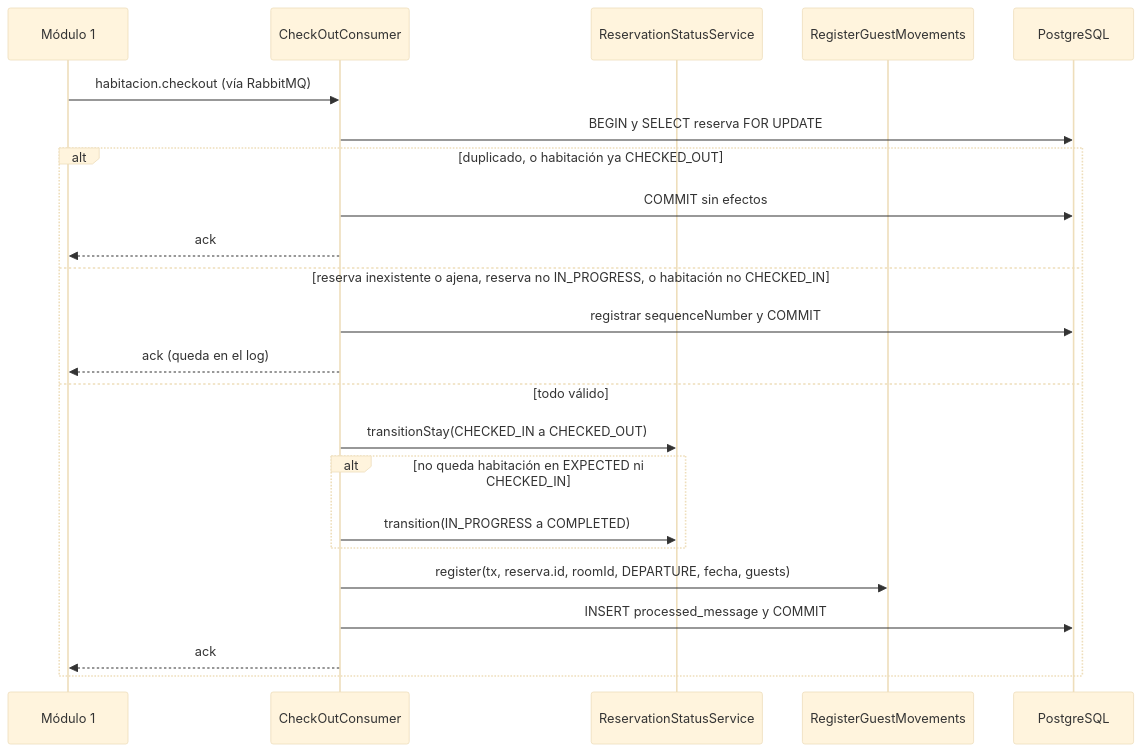
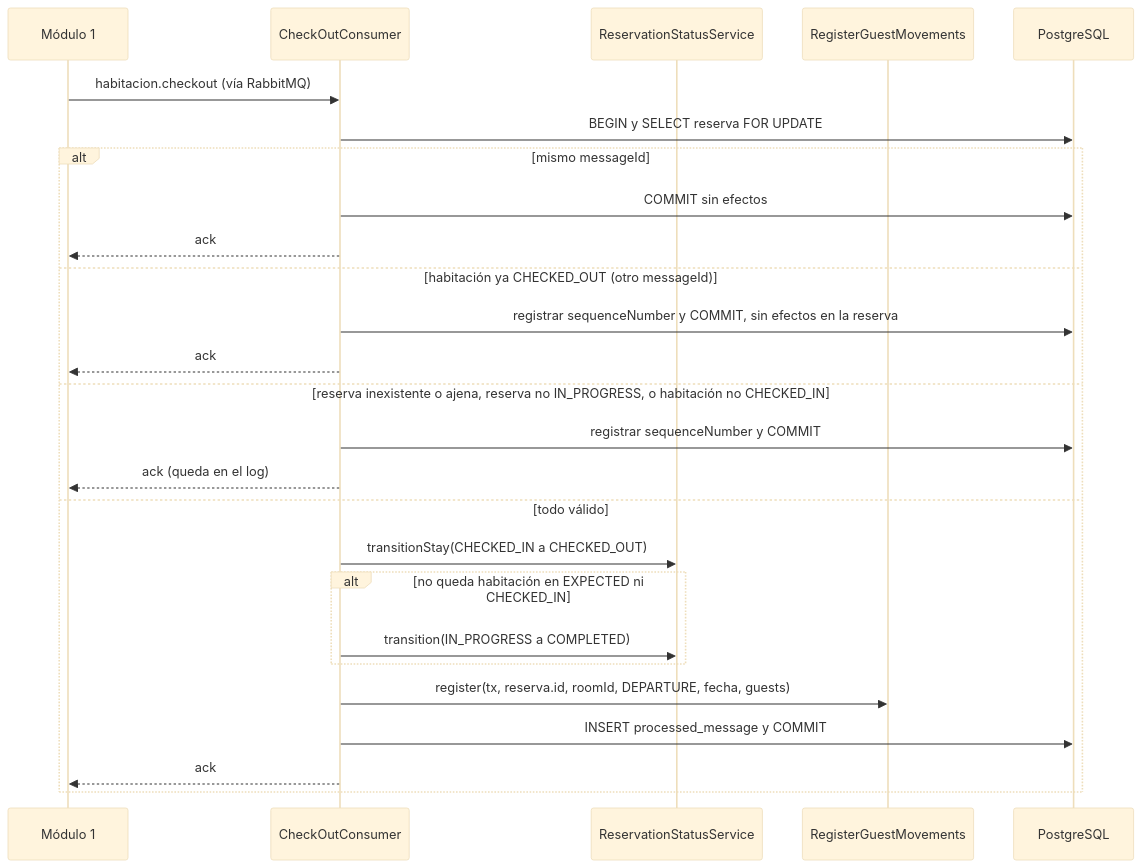
The fourth of 5 diagrams in specs/update-reservation/plan.md (Lapicero312-lapi/HOSPITUA-MOD-2), drawn with Mermaid (base theme) before and after one commit. The commit also changed other lines of this file, not shown here.

First line of the commit message:
docs(plan): el duplicado por estado de la habitación también registra su sequenceNumber, para no avisar saltos falsos (update-reservation)

````diff
--- a/specs/update-reservation/plan.md
+++ b/specs/update-reservation/plan.md
@@ -636,26 +640,29 @@
 ```mermaid
 sequenceDiagram
     participant M1 as Módulo 1
     participant K as CheckOutConsumer
     participant S as ReservationStatusService
     participant G as RegisterGuestMovements
     participant DB as PostgreSQL
 
     M1->>K: habitacion.checkout (vía RabbitMQ)
     K->>DB: BEGIN y SELECT reserva FOR UPDATE
-    alt duplicado, o habitación ya CHECKED_OUT
+    alt mismo messageId
         K->>DB: COMMIT sin efectos
+        K-->>M1: ack
+    else habitación ya CHECKED_OUT (otro messageId)
+        K->>DB: registrar sequenceNumber y COMMIT, sin efectos en la reserva
         K-->>M1: ack
     else reserva inexistente o ajena, reserva no IN_PROGRESS, o habitación no CHECKED_IN
         K->>DB: registrar sequenceNumber y COMMIT
         K-->>M1: ack (queda en el log)
     else todo válido
         K->>S: transitionStay(CHECKED_IN a CHECKED_OUT)
         alt no queda habitación en EXPECTED ni CHECKED_IN
             K->>S: transition(IN_PROGRESS a COMPLETED)
         end
         K->>G: register(tx, reserva.id, roomId, DEPARTURE, fecha, guests)
         K->>DB: INSERT processed_message y COMMIT
         K-->>M1: ack
     end
 ```
````
